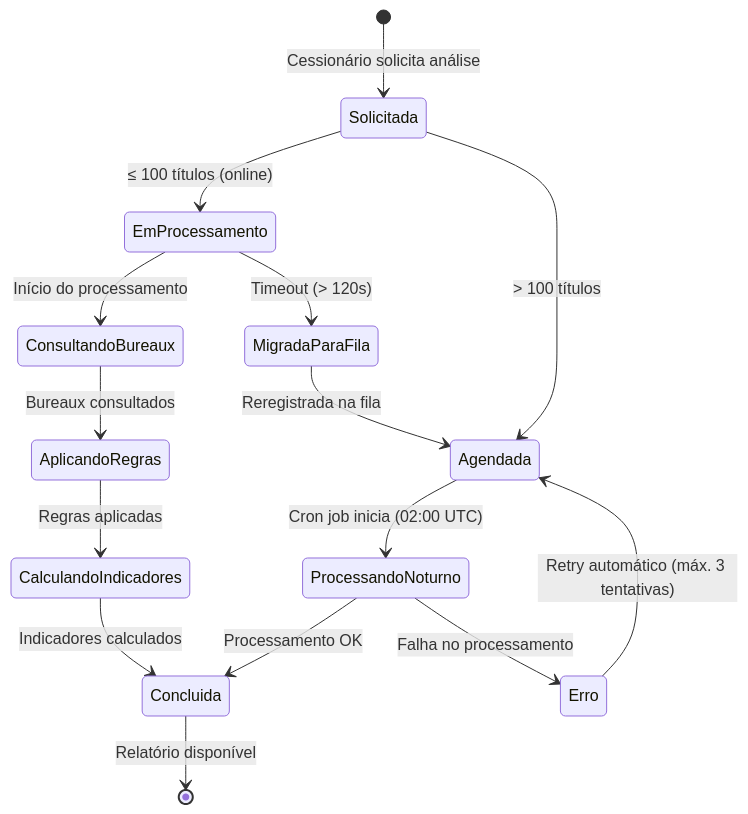
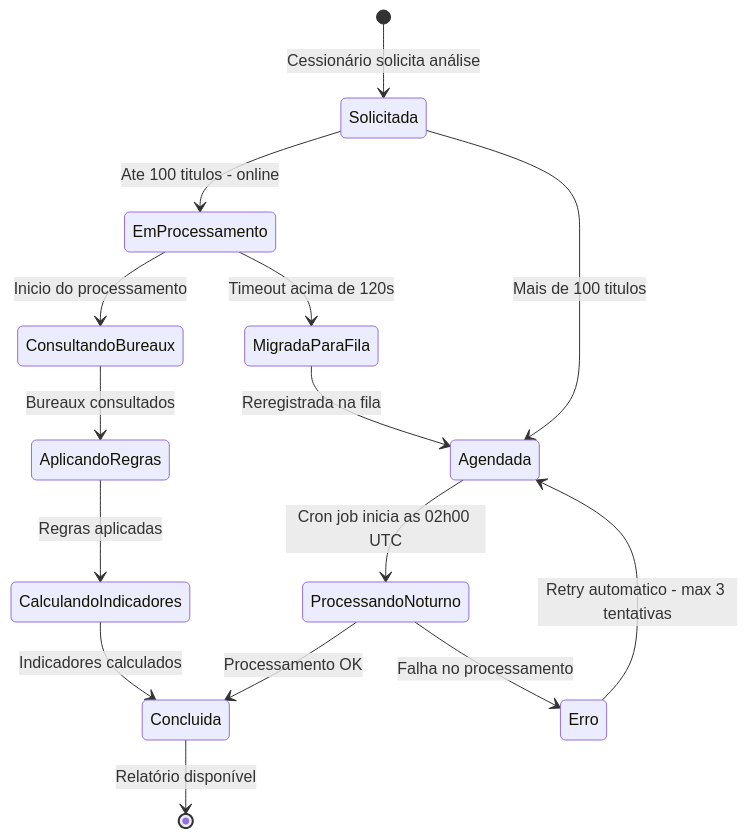
One commit to ledumelo/creditflow changed the fourth of 4 diagrams in UC-07-Due-Diligence-da-Carteira.md. Above: the diagram before and after it, drawn with Mermaid. The commit also changed other lines of this file, not shown here.

Commit message:
Correção de fluxos de sequencia

````diff
--- a/UC-07-Due-Diligence-da-Carteira.md
+++ b/UC-07-Due-Diligence-da-Carteira.md
@@ -777,22 +777,22 @@
 ```mermaid
 stateDiagram-v2
     [*] --> Solicitada : Cessionário solicita análise
     
-    Solicitada --> EmProcessamento : ≤ 100 títulos (online)
-    Solicitada --> Agendada : > 100 títulos
+    Solicitada --> EmProcessamento : Ate 100 titulos - online
+    Solicitada --> Agendada : Mais de 100 titulos
     
-    EmProcessamento --> ConsultandoBureaux : Início do processamento
+    EmProcessamento --> ConsultandoBureaux : Inicio do processamento
     ConsultandoBureaux --> AplicandoRegras : Bureaux consultados
     AplicandoRegras --> CalculandoIndicadores : Regras aplicadas
     CalculandoIndicadores --> Concluida : Indicadores calculados
     
-    EmProcessamento --> MigradaParaFila : Timeout (> 120s)
+    EmProcessamento --> MigradaParaFila : Timeout acima de 120s
     MigradaParaFila --> Agendada : Reregistrada na fila
     
-    Agendada --> ProcessandoNoturno : Cron job inicia (02:00 UTC)
+    Agendada --> ProcessandoNoturno : Cron job inicia as 02h00 UTC
     ProcessandoNoturno --> Concluida : Processamento OK
     ProcessandoNoturno --> Erro : Falha no processamento
-    Erro --> Agendada : Retry automático (máx. 3 tentativas)
+    Erro --> Agendada : Retry automatico - max 3 tentativas
     
     Concluida --> [*] : Relatório disponível
 ```
````
